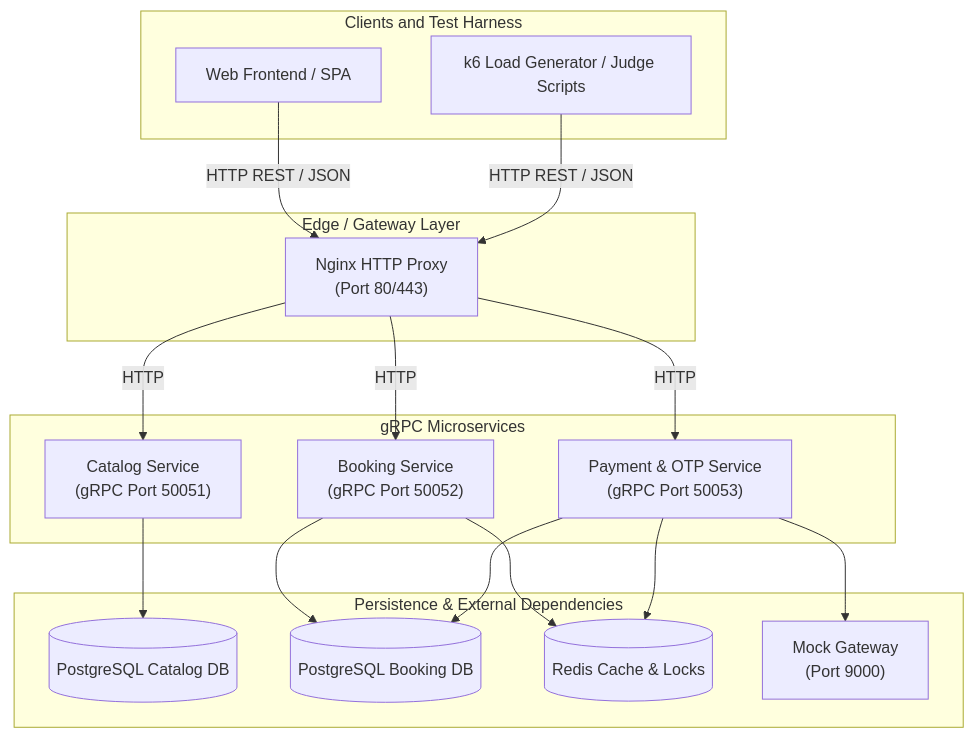
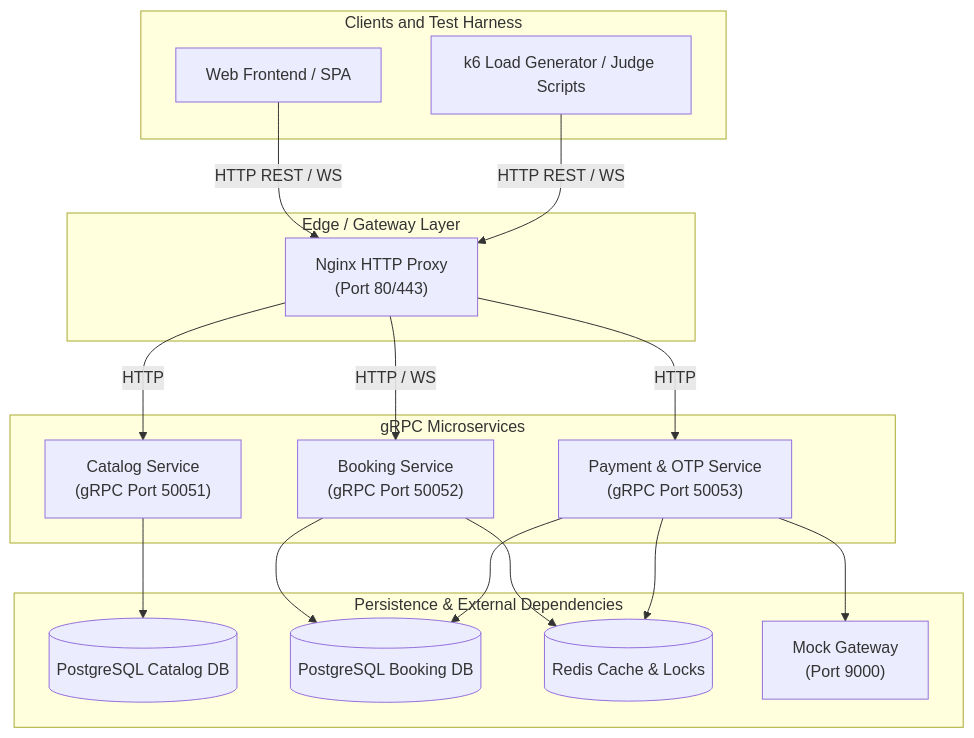
Before and after one commit to TheSR007/That_Team_IEEE: the diagram in ARCHITECTURE.md, drawn with Mermaid.

Commit message:
add protocol changes

````diff
--- a/ARCHITECTURE.md
+++ b/ARCHITECTURE.md
@@ -5,38 +5,38 @@
 ```mermaid
 flowchart TD
     subgraph Clients["Clients and Test Harness"]
         UI["Web Frontend / SPA"]
         K6["k6 Load Generator / Judge Scripts"]
     end
 
     subgraph Proxy["Edge / Gateway Layer"]
         NGINX["Nginx HTTP Proxy<br/>(Port 80/443)"]
     end
 
     subgraph Services["gRPC Microservices"]
         Catalog["Catalog Service<br/>(gRPC Port 50051)"]
         Booking["Booking Service<br/>(gRPC Port 50052)"]
         Payment["Payment & OTP Service<br/>(gRPC Port 50053)"]
     end
 
     subgraph Storage["Persistence & External Dependencies"]
         PGCAT[(PostgreSQL Catalog DB)]
         PGBOOK[(PostgreSQL Booking DB)]
         REDIS[(Redis Cache & Locks)]
         MOCKGW["Mock Gateway<br/>(Port 9000)"]
     end
 
-    UI -->|HTTP REST / JSON| NGINX
-    K6 -->|HTTP REST / JSON| NGINX
+    UI -->|HTTP REST / WS| NGINX
+    K6 -->|HTTP REST / WS| NGINX
 
     NGINX -->|HTTP| Catalog
-    NGINX -->|HTTP| Booking
+    NGINX -->|HTTP / WS| Booking
     NGINX -->|HTTP| Payment
 
     Catalog --> PGCAT
     Booking --> PGBOOK
     Booking --> REDIS
     Payment --> PGBOOK
     Payment --> REDIS
     Payment --> MOCKGW
 ```
````
